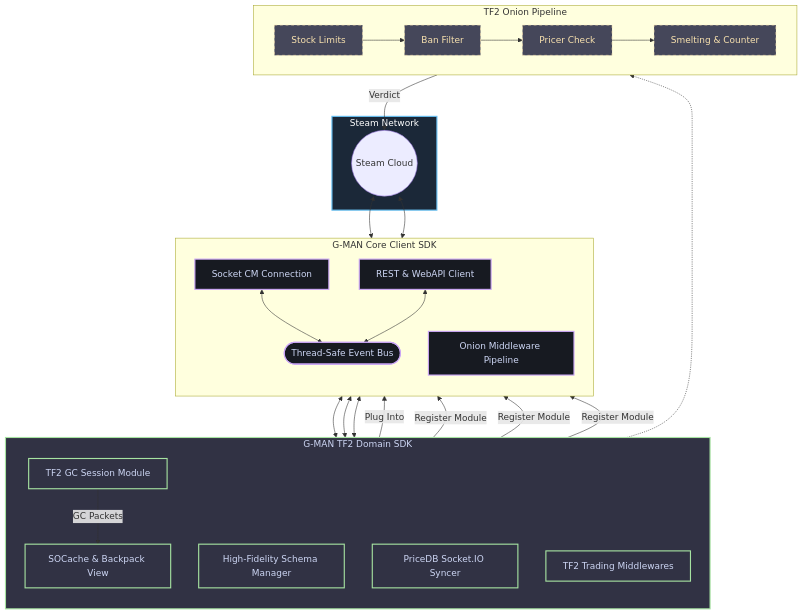
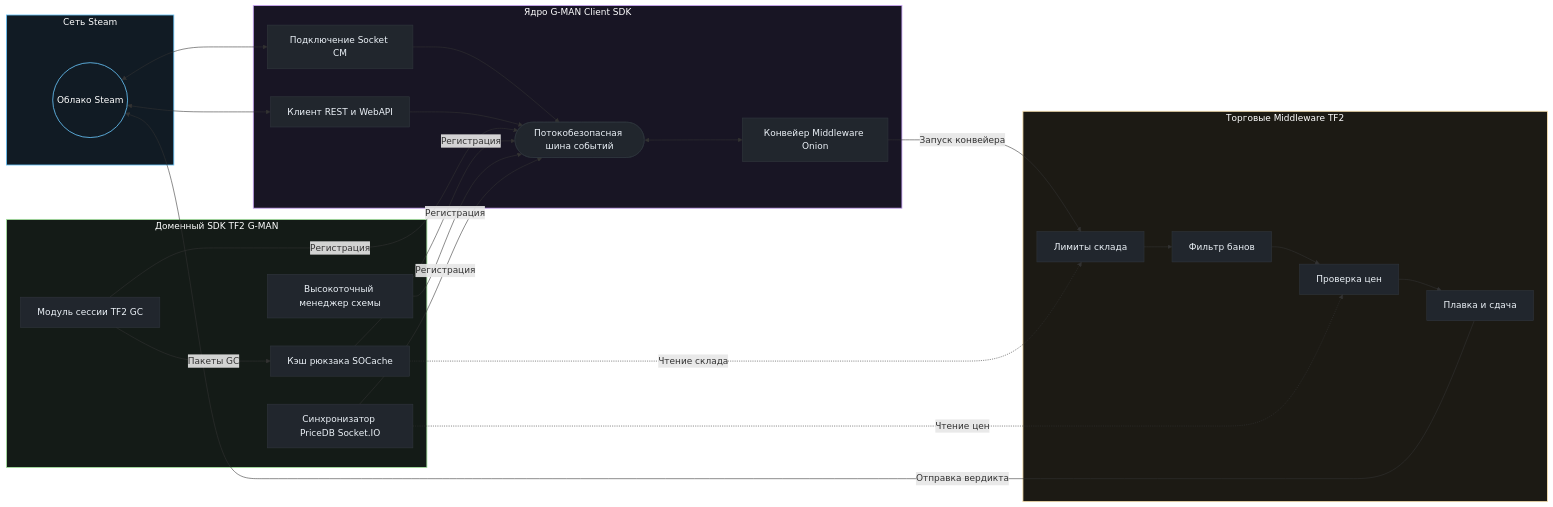
One commit to Lemon4ksan/g-man-tf2 changed the diagram in README_RU.md. Above: the diagram before and after it, drawn with Mermaid. The commit also changed 1 other file, not shown here.

Commit message:
docs: update mermaid diagram

````diff
--- a/README_RU.md
+++ b/README_RU.md
@@ -34,58 +34,58 @@
 ```mermaid
-flowchart TB
-    classDef steam fill:#1b2838,stroke:#66c0f4,stroke-width:2px,color:#fff;
-    classDef transport fill:#2a475e,stroke:#66c0f4,stroke-width:1px,color:#c7d5e0;
-    classDef core fill:#171a21,stroke:#cba6f7,stroke-width:2px,color:#cdd6f4;
-    classDef extension fill:#313244,stroke:#a6e3a1,stroke-width:2px,color:#cdd6f4;
-    classDef pipeline fill:#45475a,stroke:#f9e2af,stroke-width:1px,color:#f9e2af,stroke-dasharray: 5 5;
-    classDef action fill:#a6e3a1,stroke:#a6e3a1,stroke-width:2px,color:#11111b;
+flowchart LR
+    classDef steam fill:#111b24,stroke:#66c0f4,stroke-width:1.5px,color:#ffffff;
+    classDef core fill:#181524,stroke:#cba6f7,stroke-width:1.5px,color:#ffffff;
+    classDef extension fill:#141b17,stroke:#a6e3a1,stroke-width:1.5px,color:#ffffff;
+    classDef pipeline fill:#1c1a14,stroke:#f9e2af,stroke-width:1.5px,color:#ffffff;
+    classDef nodeStyle fill:#21262d,stroke:#30363d,stroke-width:1px,color:#ecf2f8;
 
-    subgraph SteamSystem [Steam Network]
-        SteamCloud((Steam Cloud))
+    subgraph SteamSystem [Сеть Steam]
+        SteamCloud((Облако Steam))
     end
     class SteamSystem steam;
+    class SteamCloud steam;
 
-    subgraph GManCore [G-MAN Core Client SDK]
-        direction TB
-        ConnManager[Socket CM Connection]
-        WebAPI[REST & WebAPI Client]
-        EventBus([Thread-Safe Event Bus])
-        TradeEngine[Onion Middleware Pipeline]
+    subgraph GManCore [Ядро G-MAN Client SDK]
+        ConnManager[Подключение Socket CM]
+        WebAPI[Клиент REST и WebAPI]
+        EventBus([Потокобезопасная шина событий])
+        TradeEngine[Конвейер Middleware Onion]
     end
-    class GManCore,ConnManager,WebAPI,EventBus,TradeEngine core;
+    class GManCore core;
+    class ConnManager,WebAPI,EventBus,TradeEngine nodeStyle;
 
-    subgraph TF2Extension [G-MAN TF2 Domain SDK]
-        direction TB
-        TF2Module[TF2 GC Session Module]
-        BPSyncer[SOCache & Backpack View]
-        SchemaMgr[High-Fidelity Schema Manager]
-        Pricer[PriceDB Socket.IO Syncer]
-        TF2Middlewares[TF2 Trading Middlewares]
+    subgraph TF2Extension [Доменный SDK TF2 G-MAN]
+        TF2Module[Модуль сессии TF2 GC]
+        BPSyncer[Кэш рюкзака SOCache]
+        SchemaMgr[Высокоточный менеджер схемы]
+        Pricer[Синхронизатор PriceDB Socket.IO]
     end
-    class TF2Extension,TF2Module,BPSyncer,SchemaMgr,Pricer,TF2Middlewares extension;
+    class TF2Extension extension;
+    class TF2Module,BPSyncer,SchemaMgr,Pricer nodeStyle;
 
-    subgraph MMiddlewares [TF2 Onion Pipeline]
-        direction LR
-        P1[Stock Limits] --> P2[Ban Filter] --> P3[Pricer Check] --> P4[Smelting & Counter]
+    subgraph MMiddlewares [Торговые Middleware TF2]
+        P1[Лимиты склада] --> P2[Фильтр банов] --> P3[Проверка цен] --> P4[Плавка и сдача]
     end
-    class MMiddlewares,P1,P2,P3,P4 pipeline;
+    class MMiddlewares pipeline;
+    class P1,P2,P3,P4 nodeStyle;
 
-    %% Data Flow Connections
-    SteamCloud <--> ConnManager & WebAPI
-    ConnManager & WebAPI <--> EventBus
-    
-    %% Registration
-    TF2Module -- "Register Module" --> GManCore
-    BPSyncer -- "Register Module" --> GManCore
-    SchemaMgr -- "Register Module" --> GManCore
-    
-    %% Communication
-    EventBus <--> TF2Module & BPSyncer & SchemaMgr
-    TF2Module -- "GC Packets" --> BPSyncer
-    
-    %% Trading Engine integration
-    TF2Middlewares -- "Plug Into" --> TradeEngine
-    TF2Middlewares -.-> MMiddlewares
-    
-    MMiddlewares -- "Verdict" --> SteamCloud
+    SteamCloud <--> ConnManager
+    SteamCloud <--> WebAPI
+
+    ConnManager --> EventBus
+    WebAPI --> EventBus
+    EventBus <--> TradeEngine
+
+    TF2Module -- "Регистрация" --> EventBus
+    BPSyncer -- "Регистрация" --> EventBus
+    SchemaMgr -- "Регистрация" --> EventBus
+    Pricer -- "Регистрация" --> EventBus
+
+    TF2Module -- "Пакеты GC" --> BPSyncer
+
+    TradeEngine -- "Запуск конвейера" --> P1
+    BPSyncer -.-> |Чтение склада| P1
+    Pricer -.-> |Чтение цен| P3
+
+    P4 -- "Отправка вердикта" --> SteamCloud
 ```
````
